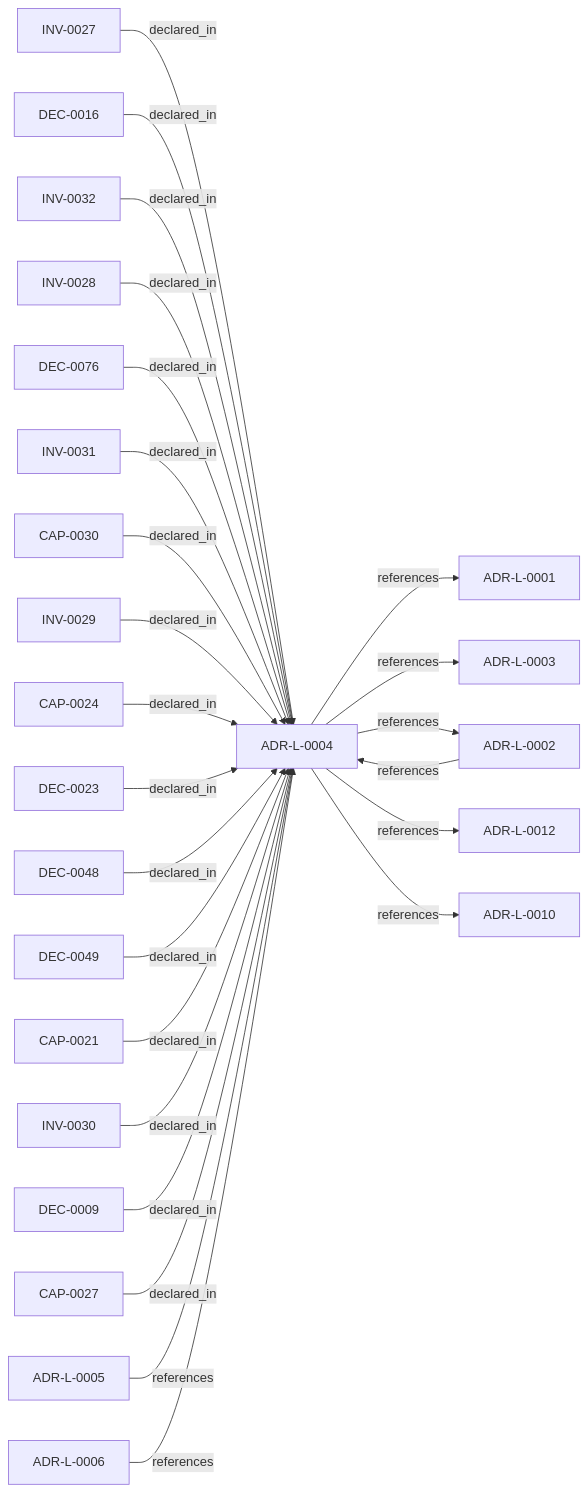
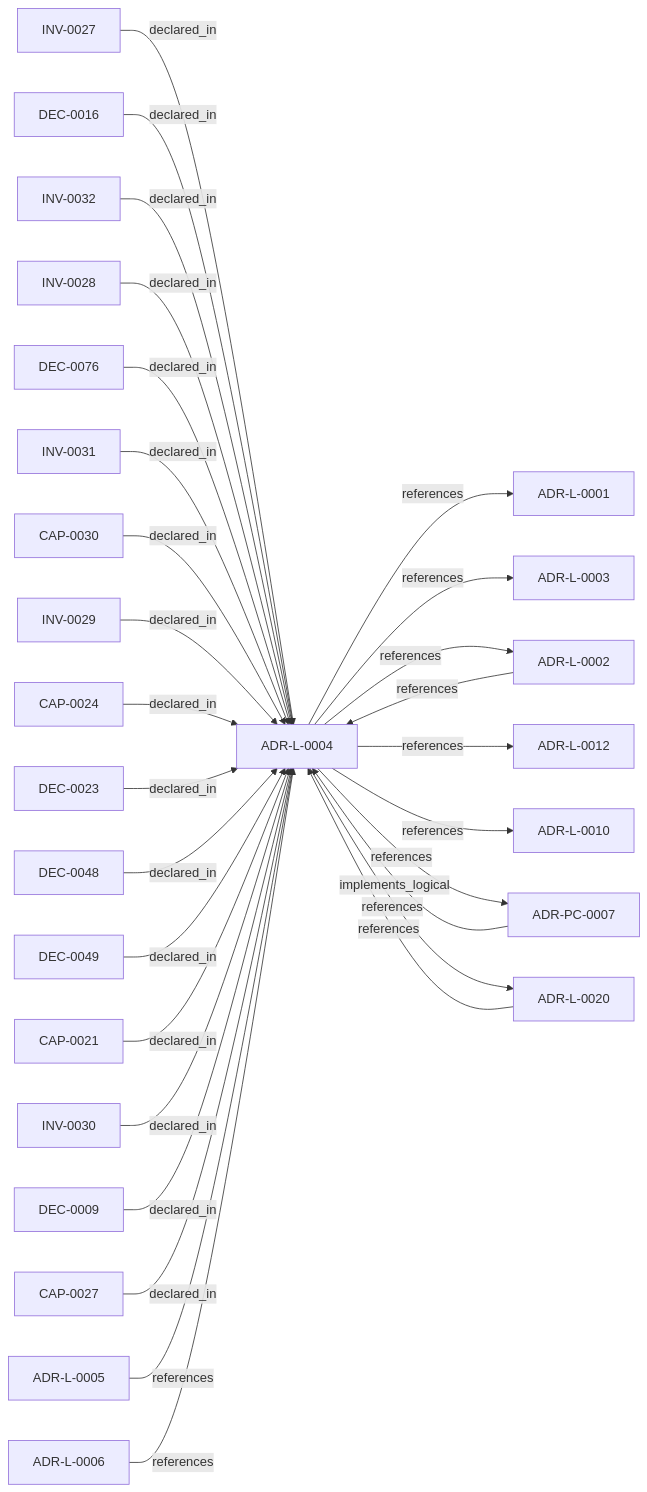
One commit to egallmann/adr-architecture-kit changed the diagram in adrs/adr-projection/logical/ADR-L-0004-adr-to-implementation-traceability-via-decorators-and-metadata-attribution.md. Above: the diagram before and after it, drawn with Mermaid. The commit also changed other lines of this file and 93 other files, not shown here.

````diff
--- a/adrs/adr-projection/logical/ADR-L-0004-adr-to-implementation-traceability-via-decorators-and-metadata-attribution.md
+++ b/adrs/adr-projection/logical/ADR-L-0004-adr-to-implementation-traceability-via-decorators-and-metadata-attribution.md
@@ -79,51 +79,57 @@
 ```mermaid
 flowchart LR
   n_019fee89_e615_70a5_861b_b2dde147e5af["ADR-L-0001"]
   n_019fee89_e615_7129_ac3e_8120e0d7c106["INV-0027"]
   n_019fee89_e615_727f_a31e_9b8f4c153dc3["DEC-0016"]
   n_019fee89_e615_7288_b21b_9452d0e7faef["INV-0032"]
   n_019fee89_e615_72db_8f32_3888e597d5c3["INV-0028"]
   n_019fee89_e615_7332_892e_e723d9f13237["DEC-0076"]
   n_019fee89_e615_7361_b717_6a0aae8df756["INV-0031"]
   n_019fee89_e615_73a3_8d31_7a4721affae9["ADR-L-0005"]
   n_019fee89_e615_7476_a31e_769637c9b7d1["CAP-0030"]
   n_019fee89_e615_7577_8d37_dd0df031bec9["ADR-L-0004"]
   n_019fee89_e615_75c7_aa3f_b6489db09c24["INV-0029"]
   n_019fee89_e615_77f6_9b1f_695732d25443["ADR-L-0003"]
   n_019fee89_e615_7804_ad2e_184eeaf6ea0f["CAP-0024"]
   n_019fee89_e615_7a6b_843f_3cec701087f8["DEC-0023"]
   n_019fee89_e615_7b66_b73a_3b99f7d92d4d["ADR-L-0006"]
   n_019fee89_e615_7c19_b73f_0741bf060af1["DEC-0048"]
   n_019fee89_e615_7cdd_ad21_34d0a44bec33["DEC-0049"]
   n_019fee89_e615_7dd6_b137_8546c4e74c22["CAP-0021"]
   n_019fee89_e615_7e2e_bf3f_577dc4ade891["INV-0030"]
   n_019fee89_e615_7e6c_8a2f_8bcd9c148dce["DEC-0009"]
   n_019fee89_e615_7e73_a30e_6f029c9cb1b3["CAP-0027"]
   n_019fee89_e615_7f19_810b_c7b33a9d9e0d["ADR-L-0002"]
   n_019fee89_e616_744f_b63e_5ecddf344faa["ADR-L-0012"]
   n_019fee89_e616_7d61_8e35_f11ba2ddd75d["ADR-L-0010"]
+  n_019ffdba_3c42_70da_b33d_efc003269c42["ADR-PC-0007"]
+  n_019ffdba_3c42_7c4a_a737_f6751a265d60["ADR-L-0020"]
   n_019fee89_e615_7129_ac3e_8120e0d7c106 -->|"declared_in"| n_019fee89_e615_7577_8d37_dd0df031bec9
   n_019fee89_e615_727f_a31e_9b8f4c153dc3 -->|"declared_in"| n_019fee89_e615_7577_8d37_dd0df031bec9
   n_019fee89_e615_7288_b21b_9452d0e7faef -->|"declared_in"| n_019fee89_e615_7577_8d37_dd0df031bec9
   n_019fee89_e615_72db_8f32_3888e597d5c3 -->|"declared_in"| n_019fee89_e615_7577_8d37_dd0df031bec9
   n_019fee89_e615_7332_892e_e723d9f13237 -->|"declared_in"| n_019fee89_e615_7577_8d37_dd0df031bec9
   n_019fee89_e615_7361_b717_6a0aae8df756 -->|"declared_in"| n_019fee89_e615_7577_8d37_dd0df031bec9
   n_019fee89_e615_7476_a31e_769637c9b7d1 -->|"declared_in"| n_019fee89_e615_7577_8d37_dd0df031bec9
   n_019fee89_e615_75c7_aa3f_b6489db09c24 -->|"declared_in"| n_019fee89_e615_7577_8d37_dd0df031bec9
   n_019fee89_e615_7804_ad2e_184eeaf6ea0f -->|"declared_in"| n_019fee89_e615_7577_8d37_dd0df031bec9
   n_019fee89_e615_7a6b_843f_3cec701087f8 -->|"declared_in"| n_019fee89_e615_7577_8d37_dd0df031bec9
   n_019fee89_e615_7c19_b73f_0741bf060af1 -->|"declared_in"| n_019fee89_e615_7577_8d37_dd0df031bec9
   n_019fee89_e615_7cdd_ad21_34d0a44bec33 -->|"declared_in"| n_019fee89_e615_7577_8d37_dd0df031bec9
   n_019fee89_e615_7dd6_b137_8546c4e74c22 -->|"declared_in"| n_019fee89_e615_7577_8d37_dd0df031bec9
   n_019fee89_e615_7e2e_bf3f_577dc4ade891 -->|"declared_in"| n_019fee89_e615_7577_8d37_dd0df031bec9
   n_019fee89_e615_7e6c_8a2f_8bcd9c148dce -->|"declared_in"| n_019fee89_e615_7577_8d37_dd0df031bec9
   n_019fee89_e615_7e73_a30e_6f029c9cb1b3 -->|"declared_in"| n_019fee89_e615_7577_8d37_dd0df031bec9
+  n_019ffdba_3c42_70da_b33d_efc003269c42 -->|"implements_logical"| n_019fee89_e615_7577_8d37_dd0df031bec9
   n_019fee89_e615_73a3_8d31_7a4721affae9 -->|"references"| n_019fee89_e615_7577_8d37_dd0df031bec9
   n_019fee89_e615_7577_8d37_dd0df031bec9 -->|"references"| n_019fee89_e615_70a5_861b_b2dde147e5af
   n_019fee89_e615_7577_8d37_dd0df031bec9 -->|"references"| n_019fee89_e615_77f6_9b1f_695732d25443
   n_019fee89_e615_7577_8d37_dd0df031bec9 -->|"references"| n_019fee89_e615_7f19_810b_c7b33a9d9e0d
   n_019fee89_e615_7577_8d37_dd0df031bec9 -->|"references"| n_019fee89_e616_744f_b63e_5ecddf344faa
   n_019fee89_e615_7577_8d37_dd0df031bec9 -->|"references"| n_019fee89_e616_7d61_8e35_f11ba2ddd75d
+  n_019fee89_e615_7577_8d37_dd0df031bec9 -->|"references"| n_019ffdba_3c42_70da_b33d_efc003269c42
+  n_019fee89_e615_7577_8d37_dd0df031bec9 -->|"references"| n_019ffdba_3c42_7c4a_a737_f6751a265d60
   n_019fee89_e615_7b66_b73a_3b99f7d92d4d -->|"references"| n_019fee89_e615_7577_8d37_dd0df031bec9
   n_019fee89_e615_7f19_810b_c7b33a9d9e0d -->|"references"| n_019fee89_e615_7577_8d37_dd0df031bec9
+  n_019ffdba_3c42_7c4a_a737_f6751a265d60 -->|"references"| n_019fee89_e615_7577_8d37_dd0df031bec9
 ```
````
